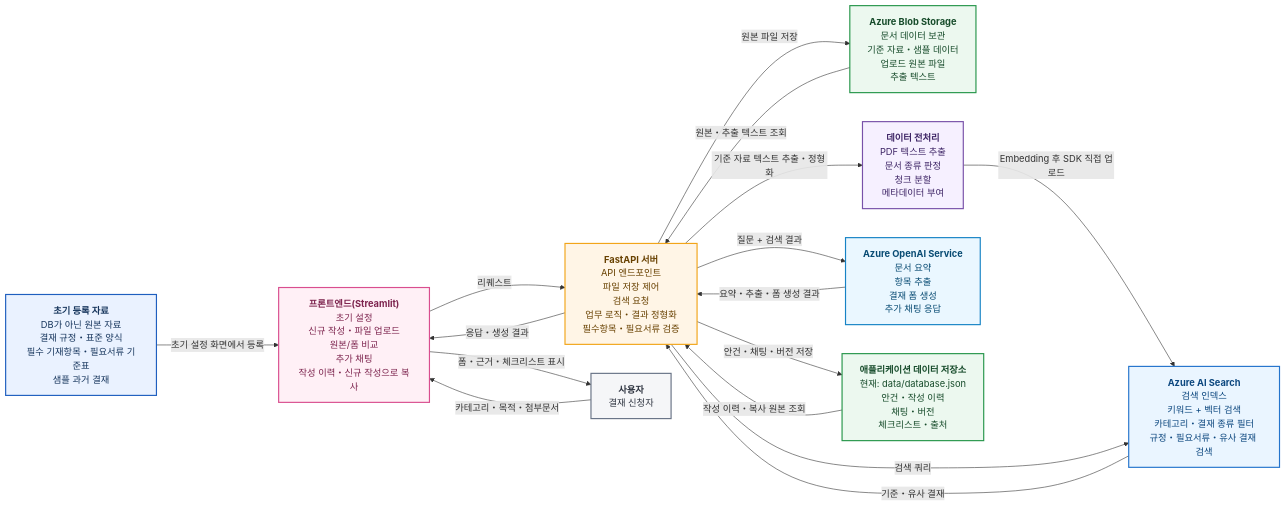
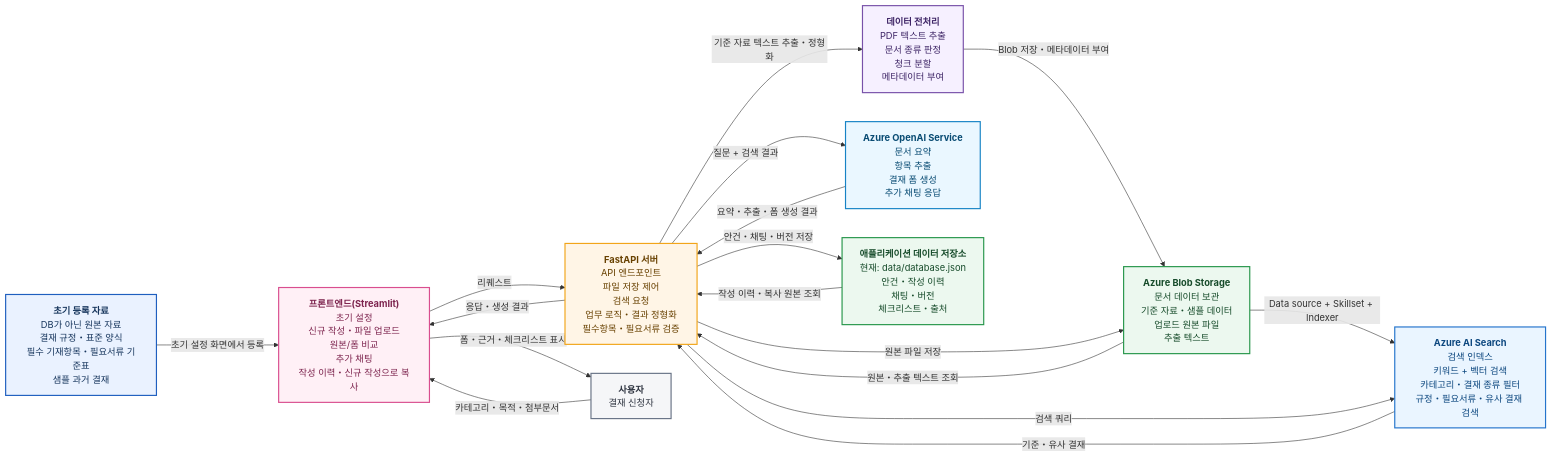
One commit to intaegi/ai_assist_project changed the first of 5 diagrams in docs/decision_rag_design_spec_ko.md. Above: the diagram before and after it, drawn with Mermaid. The commit also changed other lines of this file and 10 other files, not shown here.

Commit message:
Align UI sections and update RAG flow docs

````diff
--- a/docs/decision_rag_design_spec_ko.md
+++ b/docs/decision_rag_design_spec_ko.md
@@ -143,50 +143,51 @@
 ```mermaid
 flowchart LR
     Data["<b>초기 등록 자료</b><br/>DB가 아닌 원본 자료<br/>결재 규정・표준 양식<br/>필수 기재항목・필요서류 기준표<br/>샘플 과거 결재"]
     Blob["<b>Azure Blob Storage</b><br/>문서 데이터 보관<br/>기준 자료・샘플 데이터<br/>업로드 원본 파일<br/>추출 텍스트"]
     Prep["<b>데이터 전처리</b><br/>PDF 텍스트 추출<br/>문서 종류 판정<br/>청크 분할<br/>메타데이터 부여"]
     Search["<b>Azure AI Search</b><br/>검색 인덱스<br/>키워드 + 벡터 검색<br/>카테고리・결재 종류 필터<br/>규정・필요서류・유사 결재 검색"]
     API["<b>FastAPI 서버</b><br/>API 엔드포인트<br/>파일 저장 제어<br/>검색 요청<br/>업무 로직・결과 정형화<br/>필수항목・필요서류 검증"]
     AOAI["<b>Azure OpenAI Service</b><br/>문서 요약<br/>항목 추출<br/>결재 폼 생성<br/>추가 채팅 응답"]
     Store["<b>애플리케이션 데이터 저장소</b><br/>현재: data/database.json<br/>안건・작성 이력<br/>채팅・버전<br/>체크리스트・출처"]
     UI["<b>프론트엔드(Streamlit)</b><br/>초기 설정<br/>신규 작성・파일 업로드<br/>원본/폼 비교<br/>추가 채팅<br/>작성 이력・신규 작성으로 복사"]
     User["<b>사용자</b><br/>결재 신청자"]
 
     Data -->|초기 설정 화면에서 등록| UI
     API -->|기준 자료 텍스트 추출・정형화| Prep
-    Prep -->|Embedding 후 SDK 직접 업로드| Search
+    Prep -->|Blob 저장・메타데이터 부여| Blob
+    Blob -->|Data source + Skillset + Indexer| Search
 
     User -->|카테고리・목적・첨부문서| UI
     UI -->|리퀘스트| API
     API -->|응답・생성 결과| UI
     UI -->|폼・근거・체크리스트 표시| User
 
     API -->|원본 파일 저장| Blob
     Blob -->|원본・추출 텍스트 조회| API
     API -->|안건・채팅・버전 저장| Store
     Store -->|작성 이력・복사 원본 조회| API
 
     API -->|검색 쿼리| Search
     Search -->|기준・유사 결재| API
     API -->|질문 + 검색 결과| AOAI
     AOAI -->|요약・추출・폼 생성 결과| API
 
     classDef source fill:#EAF2FF,stroke:#1F5FBF,stroke-width:2px,color:#17365D;
     classDef storage fill:#ECF8EF,stroke:#27964B,stroke-width:2px,color:#164B2A;
     classDef process fill:#F6F0FF,stroke:#7851A9,stroke-width:2px,color:#3E2566;
     classDef search fill:#EAF5FF,stroke:#2474CC,stroke-width:2px,color:#0C477F;
     classDef backend fill:#FFF5E6,stroke:#F2A51A,stroke-width:2px,color:#684100;
     classDef ai fill:#EAF7FF,stroke:#1683C5,stroke-width:2px,color:#084B73;
     classDef front fill:#FFF0F6,stroke:#D94E8F,stroke-width:2px,color:#7D244E;
     classDef user fill:#F5F6F8,stroke:#687386,stroke-width:2px,color:#2E3440;
 
     class Data source;
     class Blob,Store storage;
     class Prep process;
     class Search search;
     class API backend;
     class AOAI ai;
     class UI front;
     class User user;
 
 ```
````
